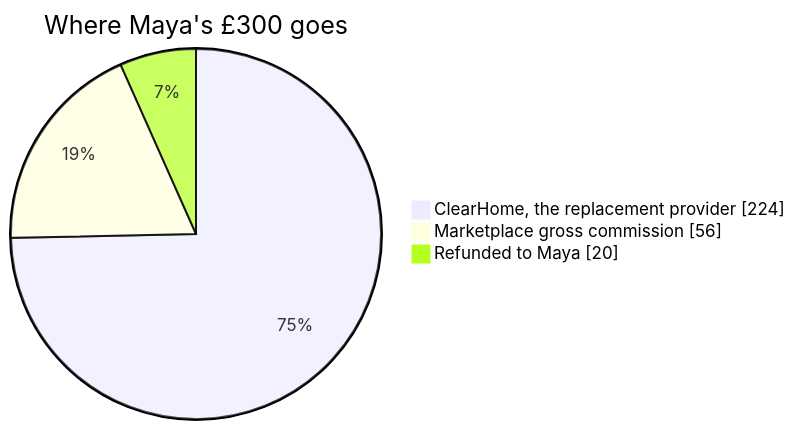
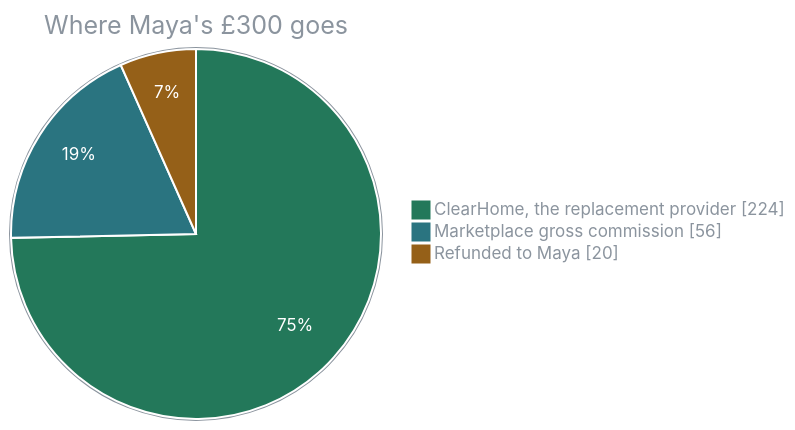
The second of 3 diagrams in README.md (Chee19/arch-os), drawn with Mermaid before and after one commit. The commit also changed other lines of this file and 1 other file, not shown here.

Commit message:
docs: add the ArchOS logo and brand the README diagrams

````diff
--- a/README.md
+++ b/README.md
@@ -112,7 +125,8 @@
 ```mermaid
+%%{init: {"theme": "base", "themeVariables": {"pie1": "#23785a", "pie2": "#2a7480", "pie3": "#956018", "pieSectionTextColor": "#ffffff", "pieTitleTextColor": "#8b949e", "pieLegendTextColor": "#8b949e", "pieStrokeColor": "#ffffff", "pieOuterStrokeColor": "#8b949e", "pieOpacity": "1"}}}%%
 pie showData
   title Where Maya's £300 goes
   "ClearHome, the replacement provider" : 224
   "Marketplace gross commission" : 56
   "Refunded to Maya" : 20
 ```
````
